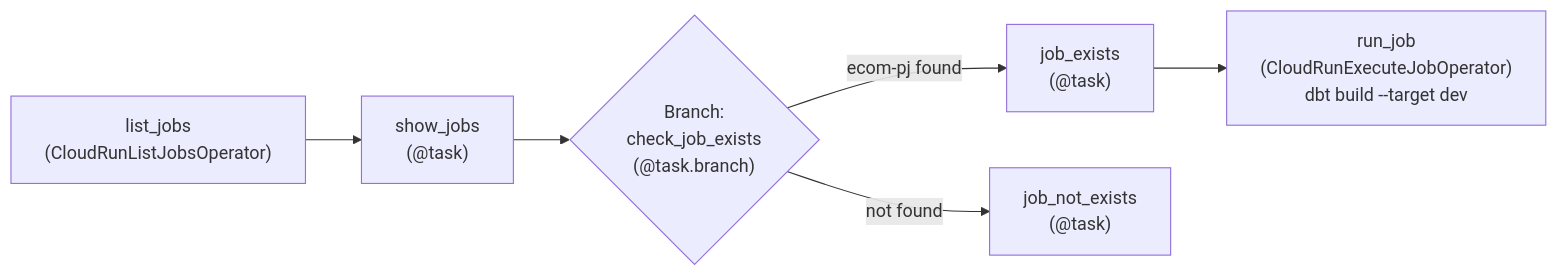
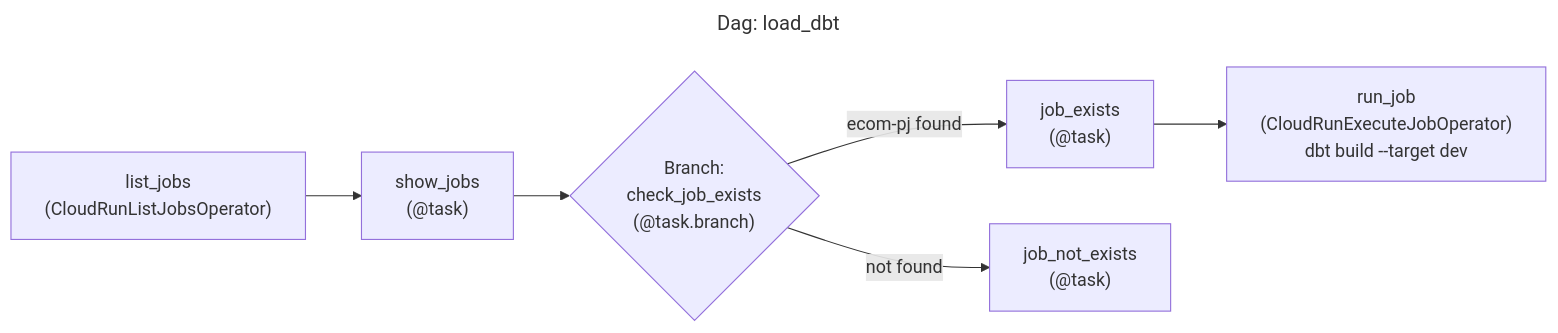
The fourth of 5 diagrams in airflow/README.md (candychen00/faker-ecom-project__airflow_dbt), drawn with Mermaid before and after one commit. The commit also changed other lines of this file and 1 other file, not shown here.

````diff
--- a/airflow/README.md
+++ b/airflow/README.md
@@ -185,9 +185,12 @@
 ```mermaid
+---
+title: "Dag: load_dbt"
+---
 flowchart LR
     A["list_jobs<br>(CloudRunListJobsOperator)"]
     A --> B["show_jobs<br>(@task)"]
     B --> C{"Branch: <br>check_job_exists<br>(@task.branch)"}
     C -- "ecom-pj found" --> D["job_exists<br>(@task)"]
     C -- "not found" --> E["job_not_exists<br>(@task)"]
     D --> F["run_job<br>(CloudRunExecuteJobOperator)<br>dbt build --target dev"]
 ```
````
